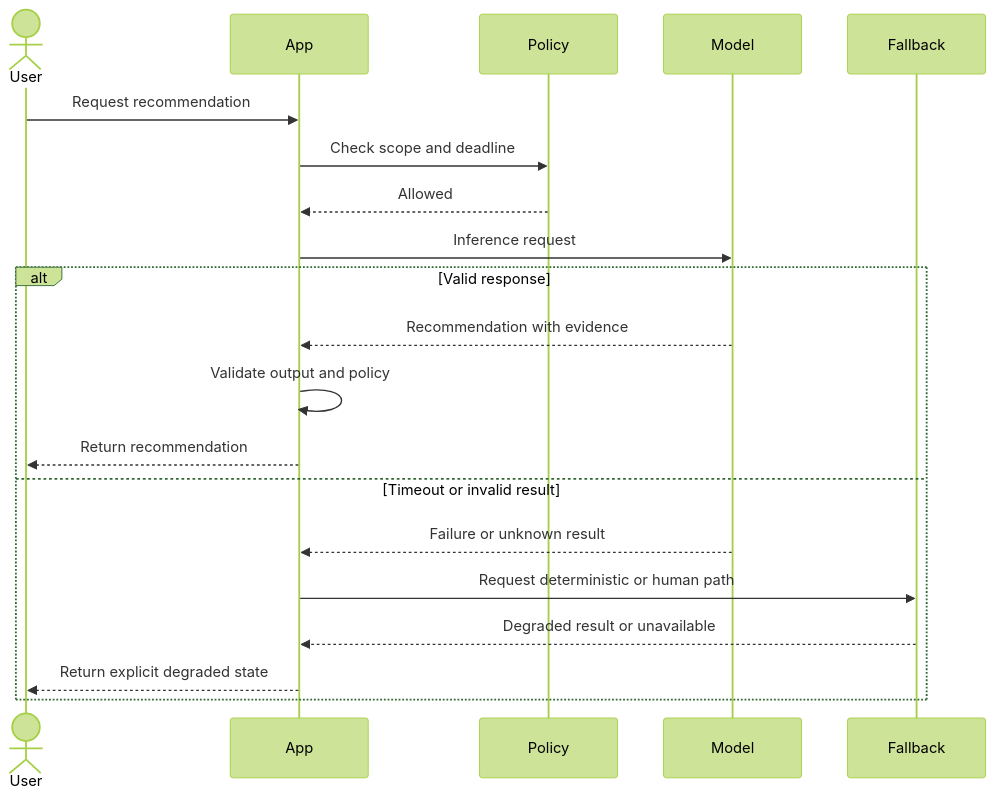
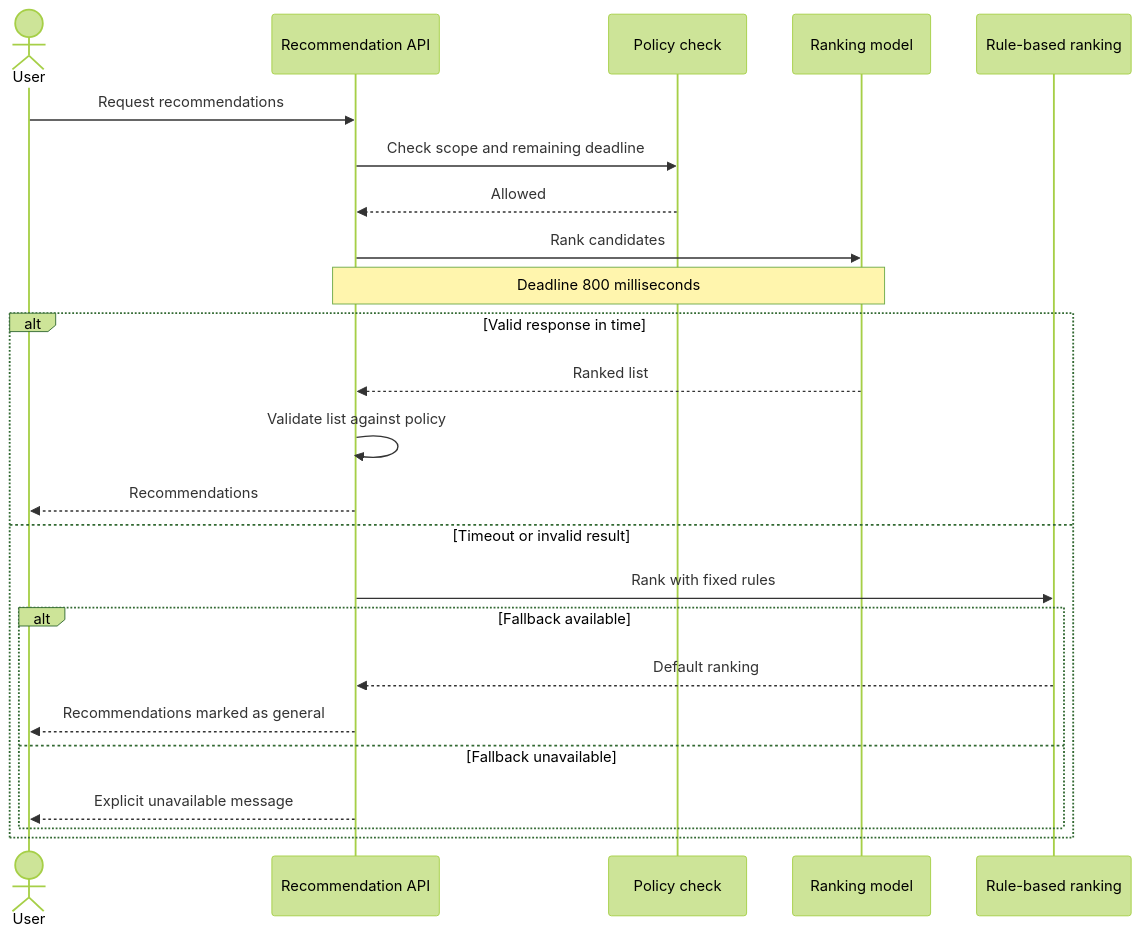
Before and after one commit to joydasss/Architect: the eighth of 13 diagrams in 21_Architecture_Documentation/CH05_Sequence_Diagrams.md, drawn with Mermaid (forest theme). The commit also changed other lines of this file and 22 other files, not shown here.

Commit message:
Architecture changes

````diff
--- a/21_Architecture_Documentation/CH05_Sequence_Diagrams.md
+++ b/21_Architecture_Documentation/CH05_Sequence_Diagrams.md
@@ -81,22 +368,26 @@
 ```mermaid
 sequenceDiagram
     actor User
-    participant App
-    participant Policy
-    participant Model
-    participant Fallback
-    User->>App: Request recommendation
-    App->>Policy: Check scope and deadline
+    participant App as Recommendation API
+    participant Policy as Policy check
+    participant Model as Ranking model
+    participant Fallback as Rule-based ranking
+    User->>App: Request recommendations
+    App->>Policy: Check scope and remaining deadline
     Policy-->>App: Allowed
-    App->>Model: Inference request
-    alt Valid response
-        Model-->>App: Recommendation with evidence
-        App->>App: Validate output and policy
-        App-->>User: Return recommendation
+    App->>Model: Rank candidates
+    Note over App,Model: Deadline 800 milliseconds
+    alt Valid response in time
+        Model-->>App: Ranked list
+        App->>App: Validate list against policy
+        App-->>User: Recommendations
     else Timeout or invalid result
-        Model-->>App: Failure or unknown result
-        App->>Fallback: Request deterministic or human path
-        Fallback-->>App: Degraded result or unavailable
-        App-->>User: Return explicit degraded state
+        App->>Fallback: Rank with fixed rules
+        alt Fallback available
+            Fallback-->>App: Default ranking
+            App-->>User: Recommendations marked as general
+        else Fallback unavailable
+            App-->>User: Explicit unavailable message
+        end
     end
 ```
````
